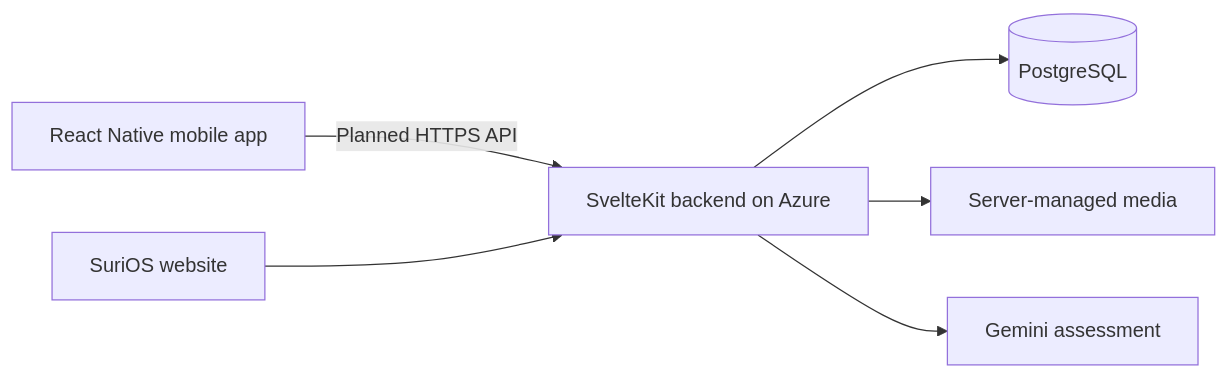
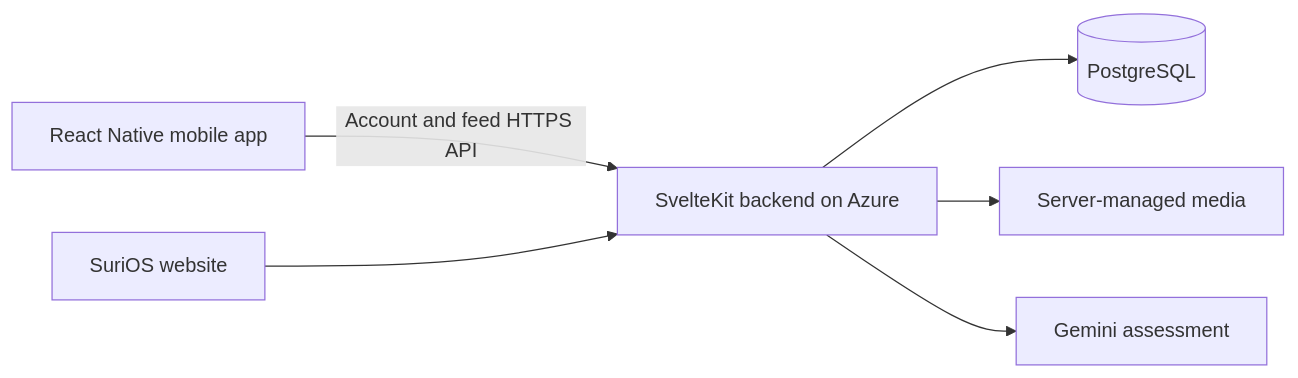
The diagram in README.md (Auvryy/surios-ai-app), drawn with Mermaid before and after one commit. The commit also changed other lines of this file and 6 other files, not shown here.

Commit message:
docs: explain shared mobile auth and Azure configuration

````diff
--- a/README.md
+++ b/README.md
@@ -141,8 +150,8 @@
 ```mermaid
 flowchart LR
-    Mobile[React Native mobile app] -->|Planned HTTPS API| Azure[SvelteKit backend on Azure]
+    Mobile[React Native mobile app] -->|Account and feed HTTPS API| Azure[SvelteKit backend on Azure]
     Web[SuriOS website] --> Azure
     Azure --> DB[(PostgreSQL)]
     Azure --> Media[Server-managed media]
     Azure --> AI[Gemini assessment]
 ```
````
